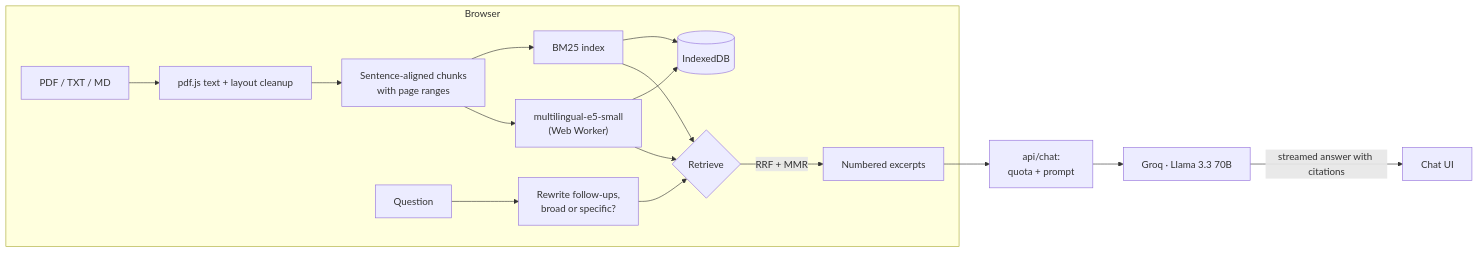
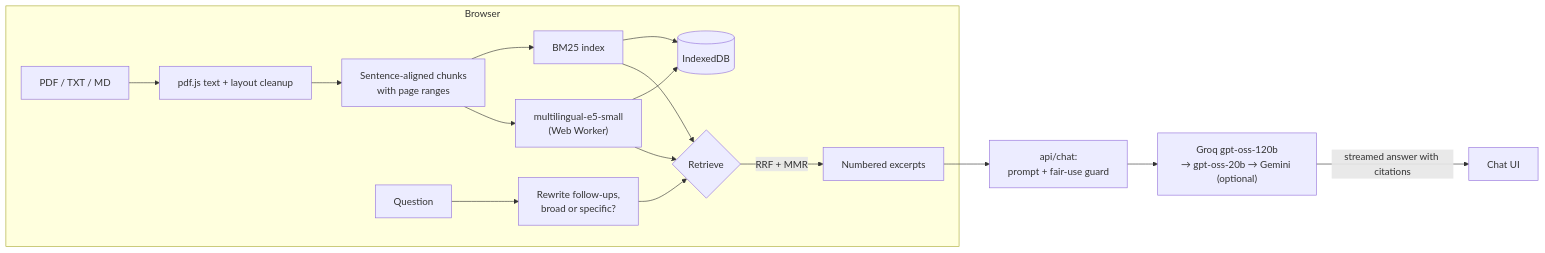
The diagram in README.md (alled0/talktopdf), drawn with Mermaid before and after one commit. The commit also changed other lines of this file and 13 other files, not shown here.

First line of the commit message:
Move to gpt-oss with automatic model/provider fallback; relax the free limit

````diff
--- a/README.md
+++ b/README.md
@@ -28,19 +30,19 @@
 ```mermaid
 flowchart LR
   subgraph Browser
     A["PDF / TXT / MD"] --> B["pdf.js text + layout cleanup"]
     B --> C["Sentence-aligned chunks<br/>with page ranges"]
     C --> D["BM25 index"]
     C --> E["multilingual-e5-small<br/>(Web Worker)"]
     E --> F[("IndexedDB")]
     D --> F
     Q["Question"] --> R["Rewrite follow-ups,<br/>broad or specific?"]
     R --> S{"Retrieve"}
     D --> S
     E --> S
     S -->|"RRF + MMR"| X["Numbered excerpts"]
   end
-  X --> P["api/chat:<br/>quota + prompt"]
-  P --> G["Groq · Llama 3.3 70B"]
+  X --> P["api/chat:<br/>prompt + fair-use guard"]
+  P --> G["Groq gpt-oss-120b<br/>→ gpt-oss-20b → Gemini (optional)"]
   G -->|"streamed answer with citations"| UI["Chat UI"]
 ```
````
